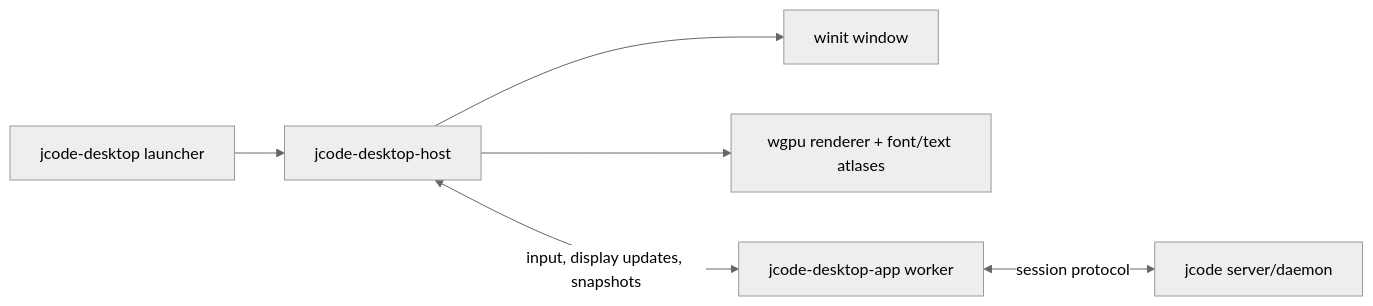
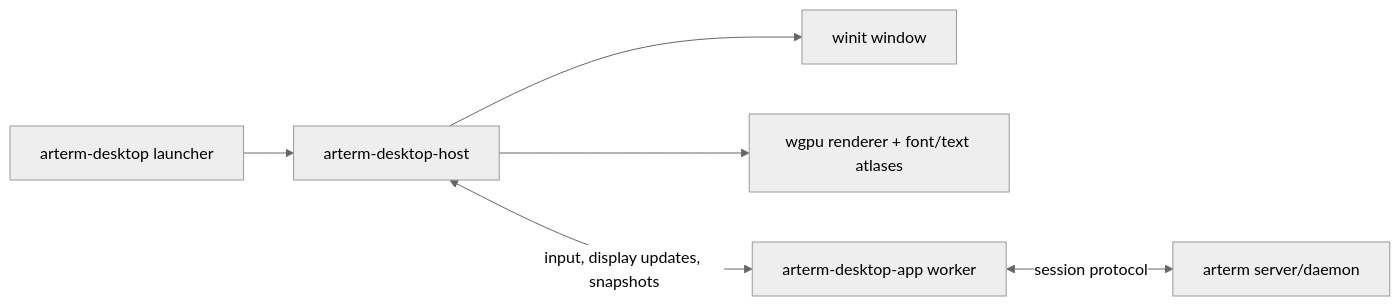
One commit to Arclude/Arterm-CLI changed the diagram in rust/docs/DESKTOP_STABLE_HOST_RELOAD_STARTUP.md. Above: the diagram before and after it, drawn with Mermaid (neutral theme). The commit also changed other lines of this file and 2555 other files, not shown here.

First line of the commit message:
rebrand: jcode -> Arterm across the forked tree

````diff
--- a/rust/docs/DESKTOP_STABLE_HOST_RELOAD_STARTUP.md
+++ b/rust/docs/DESKTOP_STABLE_HOST_RELOAD_STARTUP.md
@@ -118,8 +118,8 @@
 ```mermaid
 flowchart LR
-  Launcher[jcode-desktop launcher] --> Host[jcode-desktop-host]
+  Launcher[arterm-desktop launcher] --> Host[arterm-desktop-host]
   Host --> Window[winit window]
   Host --> Renderer[wgpu renderer + font/text atlases]
-  Host <-->|input, display updates, snapshots| Worker[jcode-desktop-app worker]
-  Worker <-->|session protocol| Server[jcode server/daemon]
+  Host <-->|input, display updates, snapshots| Worker[arterm-desktop-app worker]
+  Worker <-->|session protocol| Server[arterm server/daemon]
 ```
````
